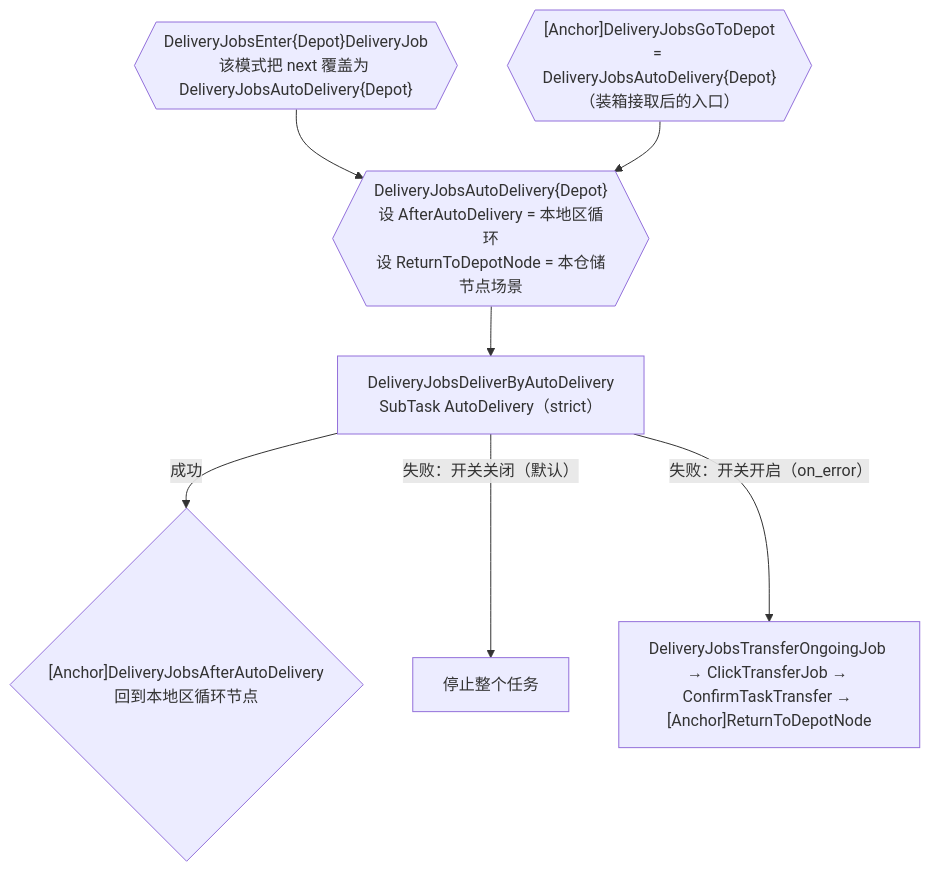
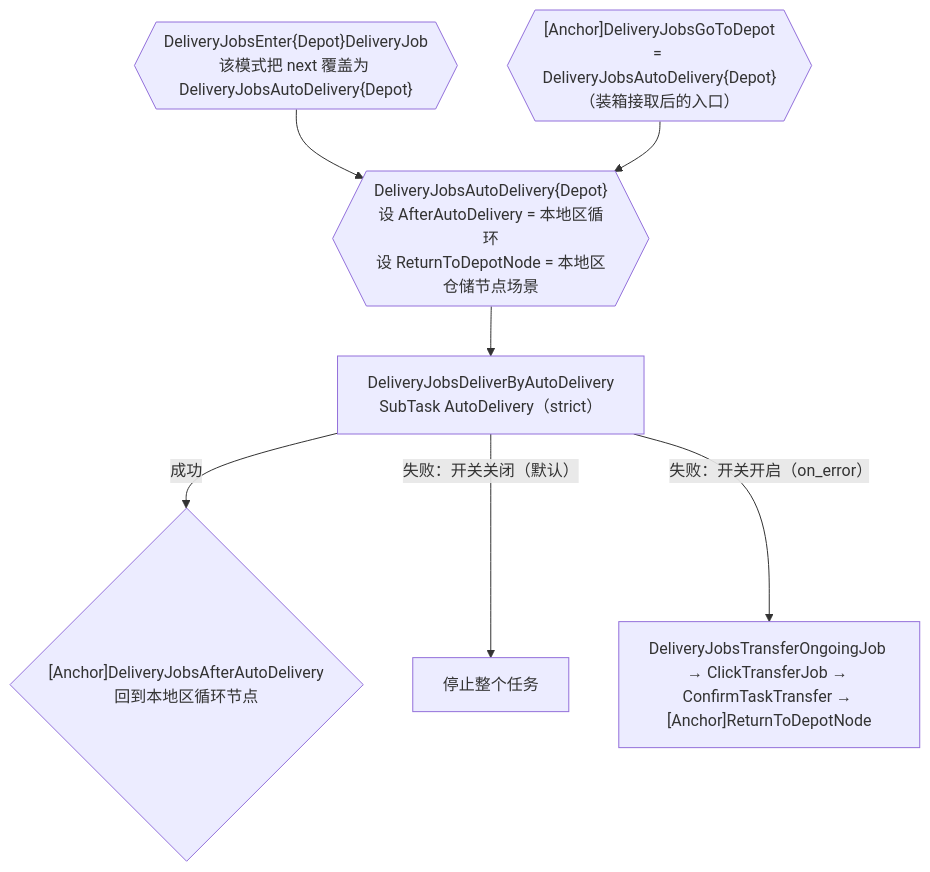
Before and after one commit to MaaEnd/MaaEnd: the seventh of 8 diagrams in docs/zh_cn/developers/tasks/delivery-jobs-maintain.md, drawn with Mermaid. The commit also changed other lines of this file and 9 other files, not shown here.

First line of the commit message:
fix(DeliveryJobs): 残留委托的回跳落点固定为发起遍历地区的仓储节点

````diff
--- a/docs/zh_cn/developers/tasks/delivery-jobs-maintain.md
+++ b/docs/zh_cn/developers/tasks/delivery-jobs-maintain.md
@@ -227,9 +230,9 @@
 ```mermaid
 flowchart TD
     EJob{{"DeliveryJobsEnter{Depot}DeliveryJob\n该模式把 next 覆盖为 DeliveryJobsAutoDelivery{Depot}"}} --> AutoD
     GoTo{{"[Anchor]DeliveryJobsGoToDepot\n= DeliveryJobsAutoDelivery{Depot}（装箱接取后的入口）"}} --> AutoD
-    AutoD{{"DeliveryJobsAutoDelivery{Depot}\n设 AfterAutoDelivery = 本地区循环\n设 ReturnToDepotNode = 本仓储节点场景"}} --> ByAuto["DeliveryJobsDeliverByAutoDelivery\nSubTask AutoDelivery（strict）"]
+    AutoD{{"DeliveryJobsAutoDelivery{Depot}\n设 AfterAutoDelivery = 本地区循环\n设 ReturnToDepotNode = 本地区仓储节点场景"}} --> ByAuto["DeliveryJobsDeliverByAutoDelivery\nSubTask AutoDelivery（strict）"]
     ByAuto -->|成功| Done{"[Anchor]DeliveryJobsAfterAutoDelivery\n回到本地区循环节点"}
     ByAuto -->|"失败：开关关闭（默认）"| Stop["停止整个任务"]
     ByAuto -->|"失败：开关开启（on_error）"| TOng["DeliveryJobsTransferOngoingJob → ClickTransferJob → ConfirmTaskTransfer → [Anchor]ReturnToDepotNode"]
 ```
````
